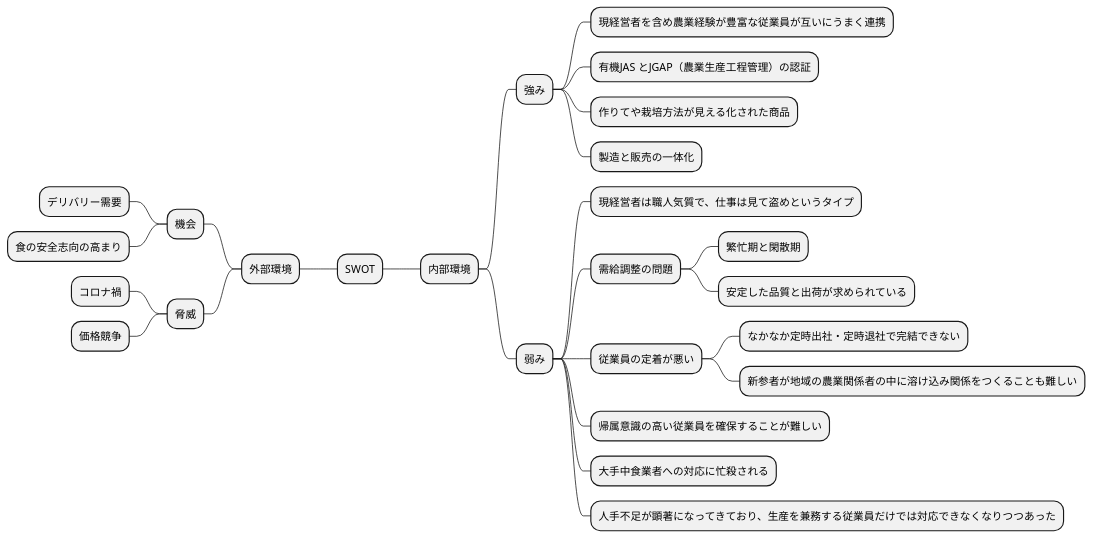
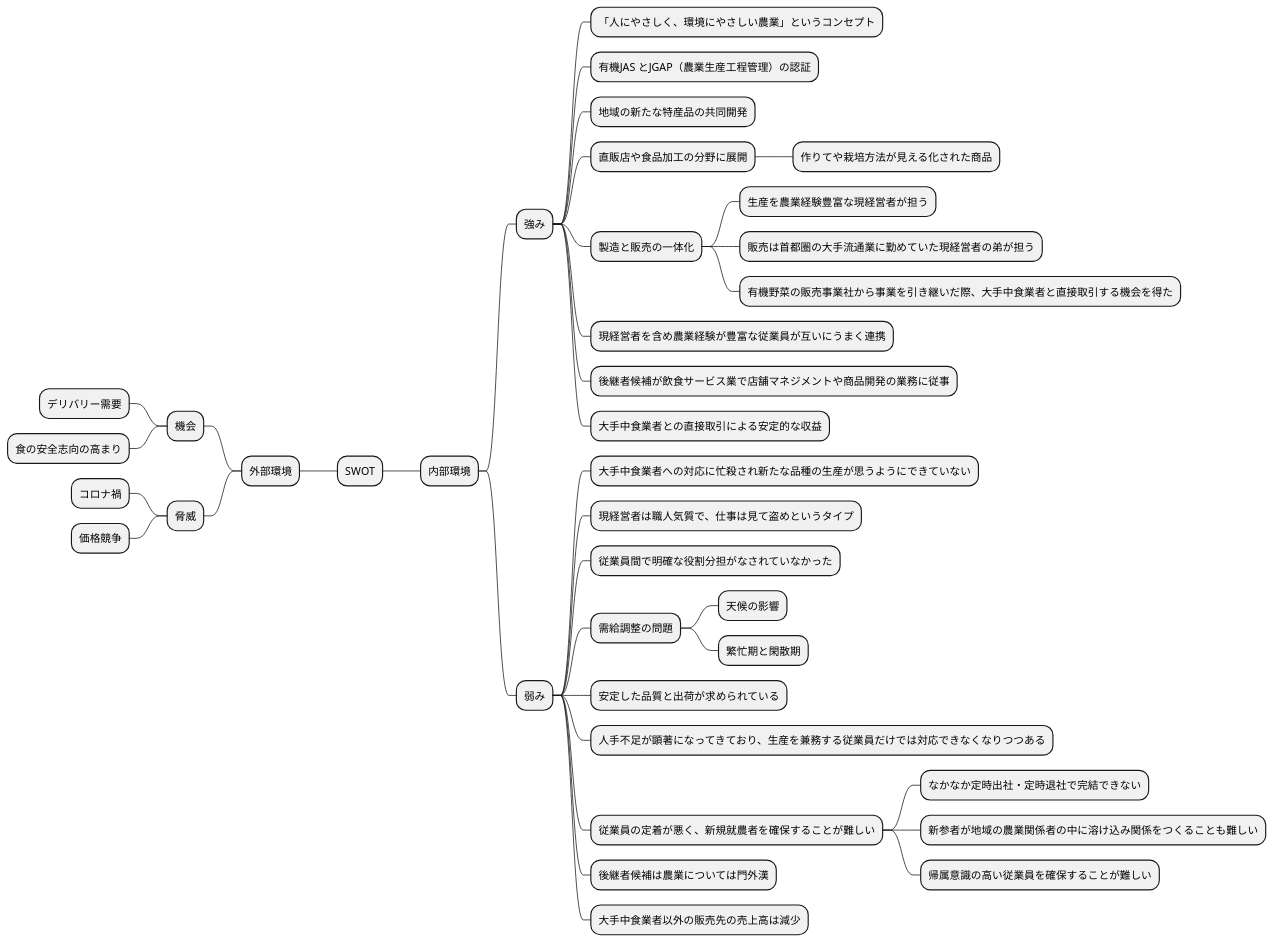
One commit to k2works/requirements_definition_excercise changed the eighth of 15 diagrams in docs/R04/study/take01.md. Above: the diagram before and after it, drawn with PlantUML. The commit also changed other lines of this file, not shown here.

````diff
--- a/docs/R04/study/take01.md
+++ b/docs/R04/study/take01.md
@@ -302,29 +334,41 @@
 ```plantuml
 @startmindmap
 * SWOT
 -- 外部環境
 --- 機会
 ---- デリバリー需要
 ---- 食の安全志向の高まり
 --- 脅威
 ---- コロナ禍
 ---- 価格競争
 ** 内部環境
 *** 強み
+**** 「人にやさしく、環境にやさしい農業」というコンセプト
+**** 有機JAS とJGAP（農業生産工程管理）の認証
+**** 地域の新たな特産品の共同開発
+**** 直販店や食品加工の分野に展開
+***** 作りてや栽培方法が見える化された商品
+**** 製造と販売の一体化
+***** 生産を農業経験豊富な現経営者が担う
+***** 販売は首都圏の大手流通業に勤めていた現経営者の弟が担う
+***** 有機野菜の販売事業社から事業を引き継いだ際、大手中食業者と直接取引する機会を得た
 **** 現経営者を含め農業経験が豊富な従業員が互いにうまく連携
-**** 有機JAS とJGAP（農業生産工程管理）の認証
-**** 作りてや栽培方法が見える化された商品
-**** 製造と販売の一体化
+**** 後継者候補が飲食サービス業で店舗マネジメントや商品開発の業務に従事
+**** 大手中食業者との直接取引による安定的な収益
 *** 弱み
+**** 大手中食業者への対応に忙殺され新たな品種の生産が思うようにできていない
 **** 現経営者は職人気質で、仕事は見て盗めというタイプ
+**** 従業員間で明確な役割分担がなされていなかった
 **** 需給調整の問題
+***** 天候の影響
 ***** 繁忙期と閑散期
-***** 安定した品質と出荷が求められている
-**** 従業員の定着が悪い
+**** 安定した品質と出荷が求められている
+**** 人手不足が顕著になってきており、生産を兼務する従業員だけでは対応できなくなりつつある
+**** 従業員の定着が悪く、新規就農者を確保することが難しい
 ***** なかなか定時出社・定時退社で完結できない
 ***** 新参者が地域の農業関係者の中に溶け込み関係をつくることも難しい
-**** 帰属意識の高い従業員を確保することが難しい
-**** 大手中食業者への対応に忙殺される
-**** 人手不足が顕著になってきており、生産を兼務する従業員だけでは対応できなくなりつつあった
+***** 帰属意識の高い従業員を確保することが難しい
+**** 後継者候補は農業については門外漢
+**** 大手中食業者以外の販売先の売上高は減少
 @endmindmap
 ```
````
